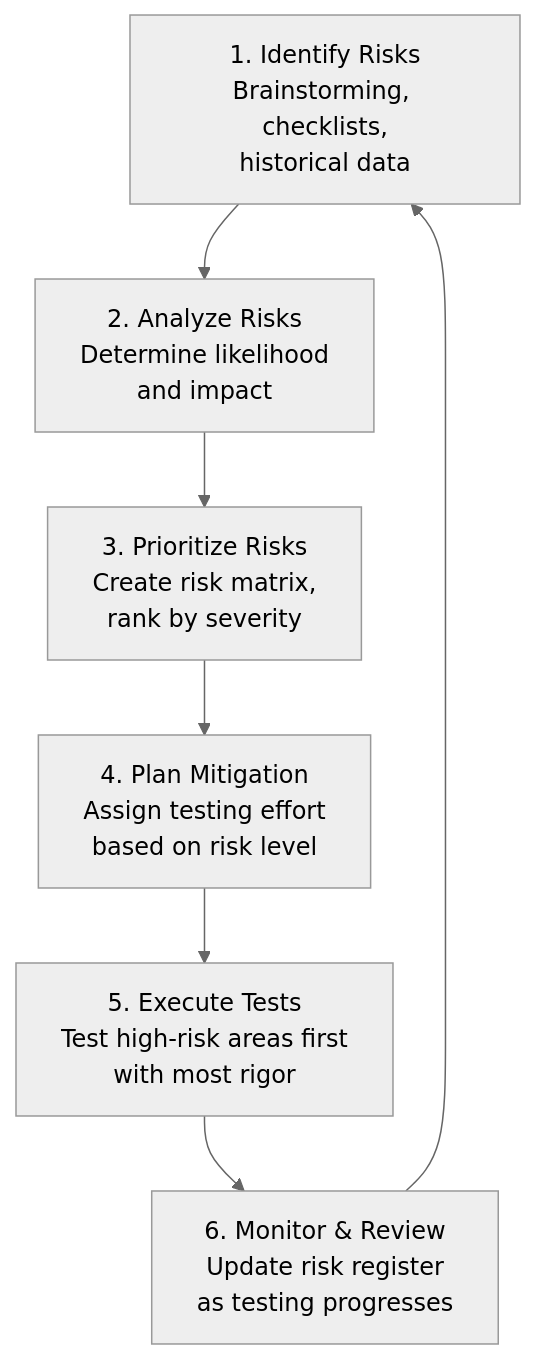
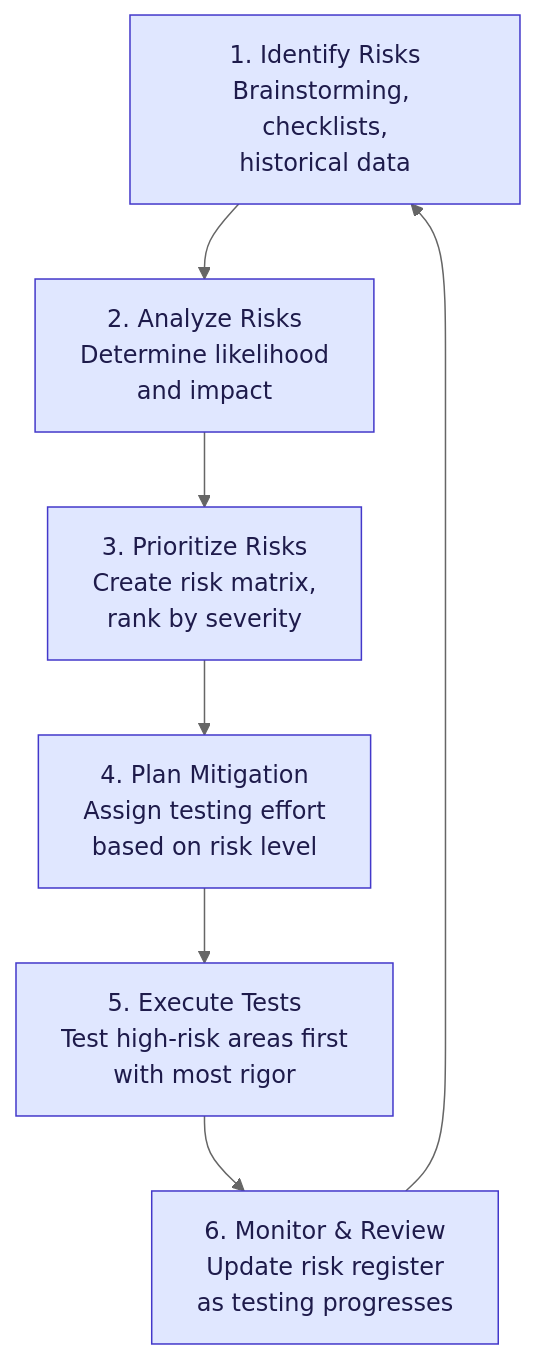
Before and after one commit to ghanendra-sdet/manual-testing-playbook: the fifth of 6 diagrams in Part_10_Test_Planning_Documentation.md, drawn with Mermaid (neutral theme). The commit also changed other lines of this file and 15 other files, not shown here.

Commit message:
Fix broken routes and anchors; update OWASP 2025, ISTQB v4.0, WCAG 2.2, Jira/Zephyr naming and pricing; style diagrams

````diff
--- a/Part_10_Test_Planning_Documentation.md
+++ b/Part_10_Test_Planning_Documentation.md
@@ -1152,9 +1174,16 @@
 ```mermaid
 graph TD
     A["1. Identify Risks<br/>Brainstorming, checklists,<br/>historical data"] --> B["2. Analyze Risks<br/>Determine likelihood<br/>and impact"]
     B --> C["3. Prioritize Risks<br/>Create risk matrix,<br/>rank by severity"]
     C --> D["4. Plan Mitigation<br/>Assign testing effort<br/>based on risk level"]
     D --> E["5. Execute Tests<br/>Test high-risk areas first<br/>with most rigor"]
     E --> F["6. Monitor & Review<br/>Update risk register<br/>as testing progresses"]
     F --> A
+
+    classDef start fill:#dbeafe,stroke:#1d4ed8,color:#1e3a8a
+    classDef step fill:#e0e7ff,stroke:#4338ca,color:#1e1b4b
+    classDef decision fill:#fef3c7,stroke:#b45309,color:#78350f
+    classDef good fill:#dcfce7,stroke:#15803d,color:#14532d
+    classDef bad fill:#fee2e2,stroke:#b91c1c,color:#7f1d1d
+    class A,B,C,D,E,F step
 ```
````
